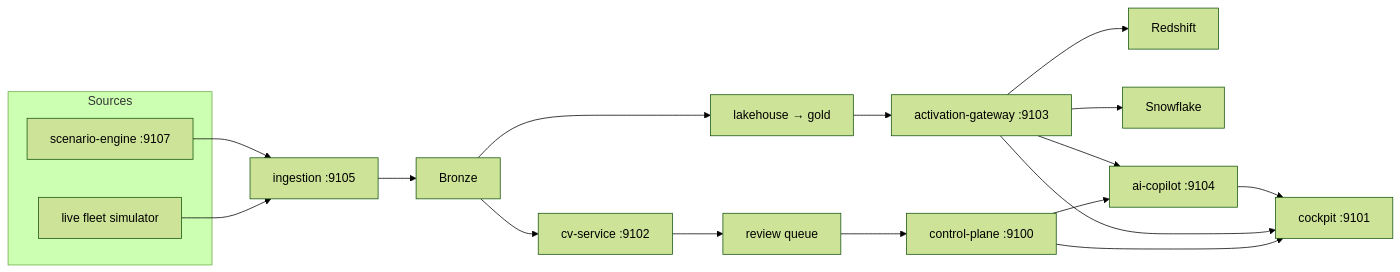
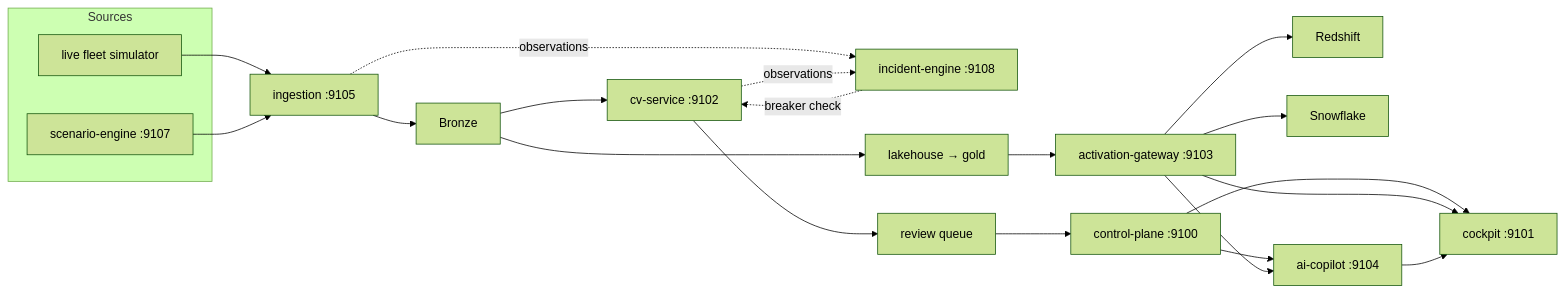
The diagram in README.md (hamidmatiny/PRISM), drawn with Mermaid (forest theme) before and after one commit. The commit also changed other lines of this file and 31 other files, not shown here.

First line of the commit message:
feat(phase-14): per-source circuit breaker + incident-engine

````diff
--- a/README.md
+++ b/README.md
@@ -5,22 +5,25 @@
 ```mermaid
 flowchart LR
   subgraph Sources["Sources"]
     Cams["live fleet simulator"]
     Scenario["scenario-engine :9107"]
   end
   Cams --> Ingest["ingestion :9105"]
   Scenario --> Ingest
   Ingest --> Bronze["Bronze"]
   Bronze --> CV["cv-service :9102"]
+  Ingest -. observations .-> Incident["incident-engine :9108"]
+  CV -. observations .-> Incident
+  Incident -. breaker check .-> CV
   Bronze --> Lakehouse["lakehouse → gold"]
   CV --> ReviewQ["review queue"]
   ReviewQ --> CP["control-plane :9100"]
   Lakehouse --> Activation["activation-gateway :9103"]
   Activation --> RS["Redshift"]
   Activation --> SF["Snowflake"]
   CP --> Cockpit["cockpit :9101"]
   Activation --> Cockpit
   CP --> Copilot["ai-copilot :9104"]
   Activation --> Copilot
   Copilot --> Cockpit
 ```
````
